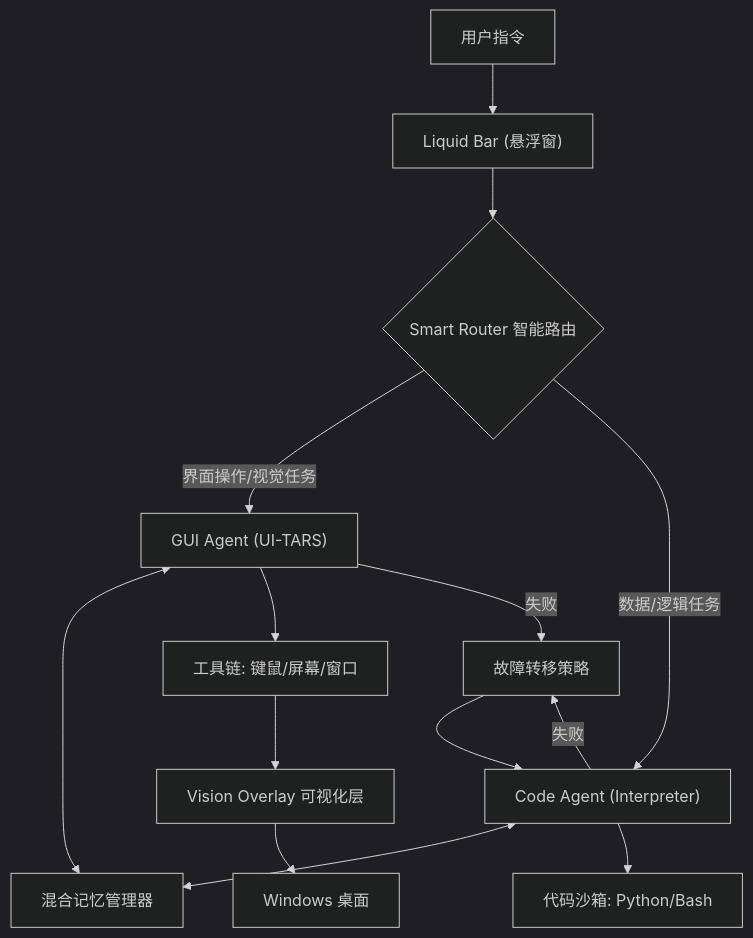
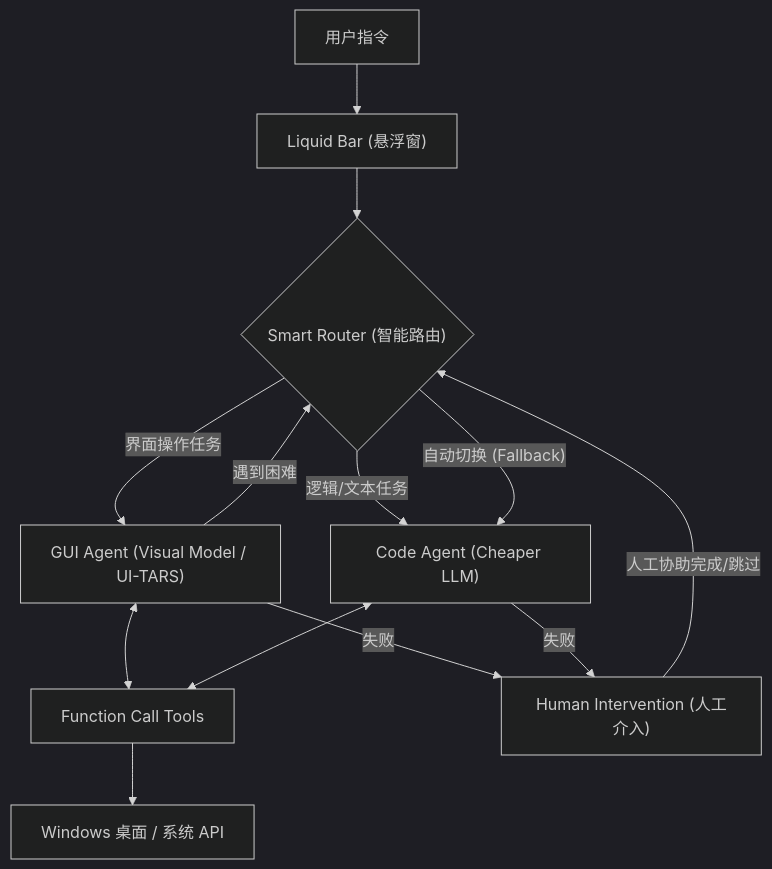
One commit to sudo-yf/hackathon2512 changed the diagram in README.md. Above: the diagram before and after it, drawn with Mermaid (dark theme). The commit also changed other lines of this file and 3 other files, not shown here.

````diff
--- a/README.md
+++ b/README.md
@@ -33,22 +77,20 @@
 ```mermaid
 graph TD
     User["用户指令"] --> UI["Liquid Bar (悬浮窗)"]
-    UI --> Router{"Smart Router 智能路由"}
+    UI --> Router{"Smart Router (智能路由)"}
 
-    Router -- "界面操作/视觉任务" --> GUI["GUI Agent (UI-TARS)"]
-    Router -- "数据/逻辑任务" --> Code["Code Agent (Interpreter)"]
+    Router -- "界面操作任务" --> GUI["GUI Agent (Visual Model / UI-TARS)"]
+    Router -- "逻辑/文本任务" --> Code["Code Agent (Cheaper LLM)"]
 
-    GUI <--> Memory["混合记忆管理器"]
-    Code <--> Memory
+    GUI <--> Tools["Function Call Tools"]
+    Code <--> Tools
 
-    GUI --> Tools["工具链: 键鼠/屏幕/窗口"]
-    Code --> Sandbox["代码沙箱: Python/Bash"]
+    Tools --> Screen["Windows 桌面 / 系统 API"]
 
-    Tools --> Visualizer["Vision Overlay 可视化层"]
-    Visualizer --> Screen["Windows 桌面"]
+    GUI -- "遇到困难" --> Router
+    Router -- "自动切换 (Fallback)" --> Code
 
-    GUI -- "失败" --> Fallback["故障转移策略"]
-    Fallback --> Code
+    GUI -- "失败" --> Fallback["Human Intervention (人工介入)"]
     Code -- "失败" --> Fallback
-
+    Fallback -- "人工协助完成/跳过" --> Router
 ```
````
